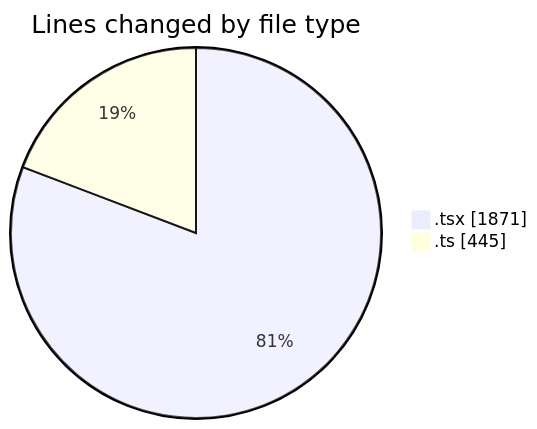
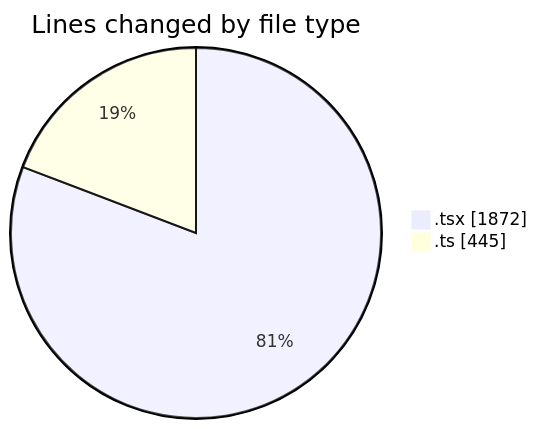
One commit to robertbonfada/code-tracking changed the first of 2 diagrams in 2025-01-30/mbc-web/README.md. Above: the diagram before and after it, drawn with Mermaid. The commit also changed other lines of this file and 1 other file, not shown here.

````diff
--- a/2025-01-30/mbc-web/README.md
+++ b/2025-01-30/mbc-web/README.md
@@ -30,6 +30,6 @@
 ```mermaid
 pie showData
 title Lines changed by file type
-".tsx" : 1871
+".tsx" : 1872
 ".ts" : 445
 ```
````
